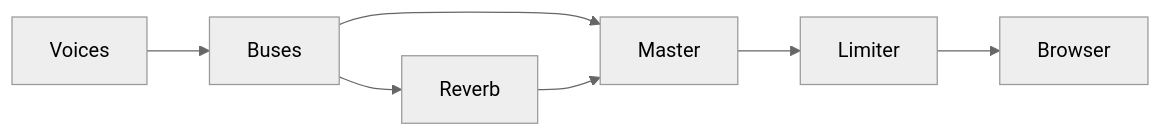
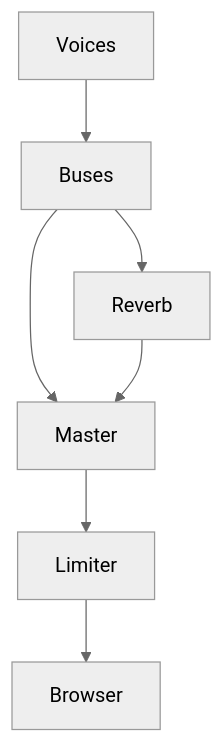
Before and after one commit to ChristianHohlfeld/kernengine.de: the first of 2 diagrams in kern/docs/book-yellow/07-audio.md, drawn with Mermaid (neutral theme). The commit also changed other lines of this file and 22 other files, not shown here.

````diff
--- a/kern/docs/book-yellow/07-audio.md
+++ b/kern/docs/book-yellow/07-audio.md
@@ -102,9 +181,10 @@
 ```mermaid
-flowchart LR
+%% Caption: The path of the sound: voices via buses and reverb to the master, then through the limiter to the browser
+flowchart TB
   S[Voices] --> B[Buses]
   B --> M[Master]
   B --> H[Reverb]
   H --> M
   M --> L[Limiter]
   L --> O[Browser]
 ```
````
